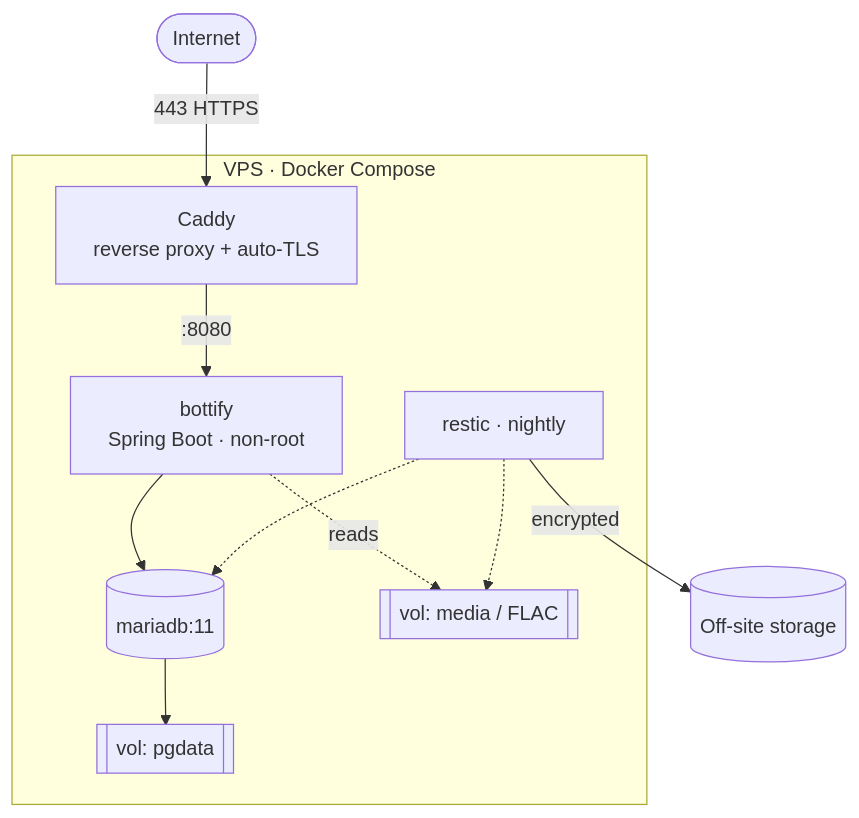
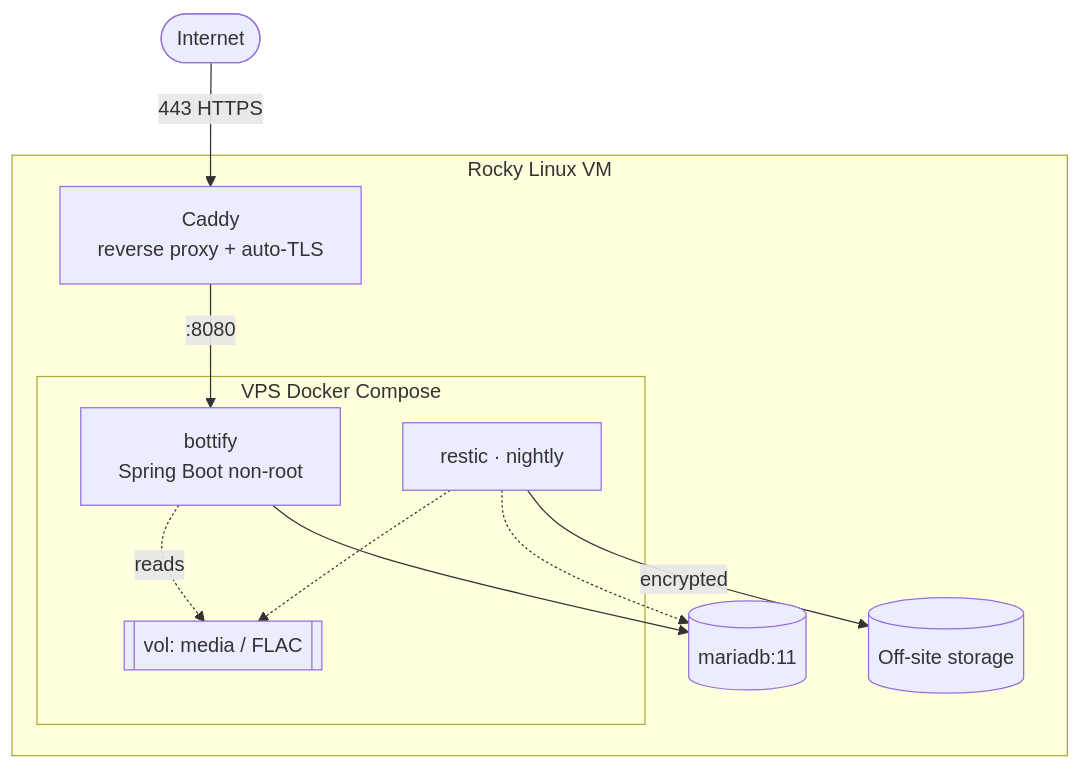
Before and after one commit to normanboettcher/bottify: the second of 4 diagrams in docs/architecture.md, drawn with Mermaid. The commit also changed other lines of this file, not shown here.

Commit message:
refactored class diagram for domain objects

````diff
--- a/docs/architecture.md
+++ b/docs/architecture.md
@@ -63,14 +63,15 @@
 ```mermaid
 flowchart TB
     Net([Internet]) -->|443 HTTPS| Caddy
-    subgraph host[VPS · Docker Compose]
-      Caddy[Caddy<br/>reverse proxy + auto-TLS]
-      Caddy -->|:8080| App[bottify<br/>Spring Boot · non-root]
-      App --> PG[(mariadb:11)]
-      App -.reads.-> V1[[vol: media / FLAC]]
-      PG --> V2[[vol: pgdata]]
-      Backup[restic · nightly] -.-> V1
-      Backup -.-> PG
-    end
-    Backup -->|encrypted| Off[(Off-site storage)]
+subgraph host[Rocky Linux VM]
+Caddy[Caddy<br/>reverse proxy + auto-TLS]
+Caddy -->|:8080|App[bottify<br/>Spring Boot non-root]
+subgraph compose[VPS Docker Compose]
+App -. reads .-> V1[[vol: media / FLAC]]
+Backup[restic · nightly] -.-> V1
+end
+Backup -.-> PG
+App --> PG[(mariadb:11)]
+Backup -->|encrypted|Off[(Off-site storage)]
+end
 ```
````
